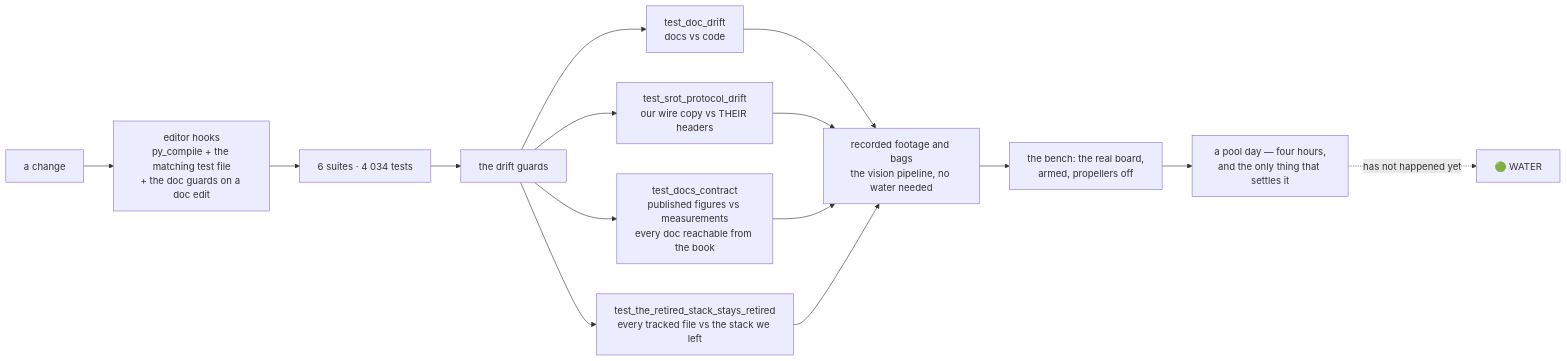
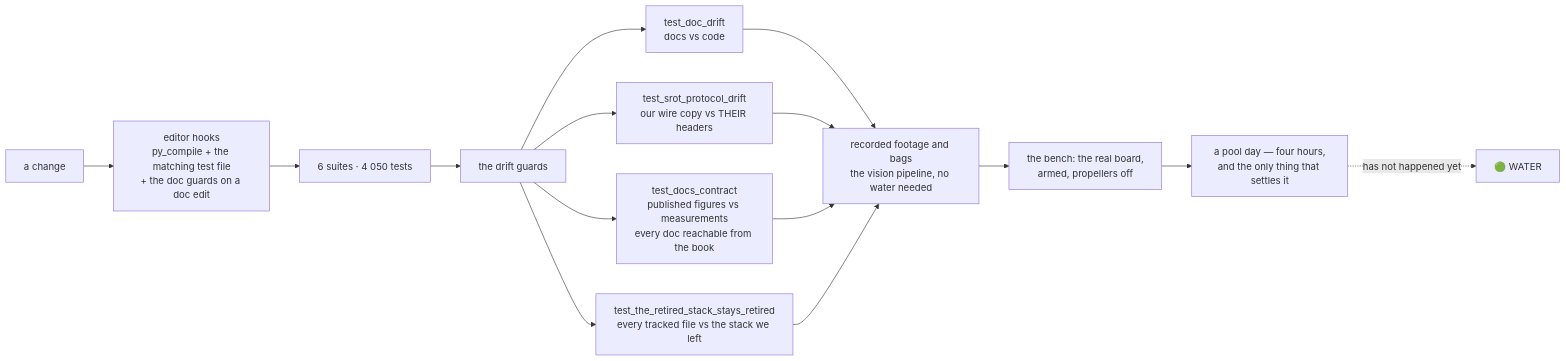
One commit to fh1m/mongla_ws changed the ninth of 10 diagrams in README.md. Above: the diagram before and after it, drawn with Mermaid. The commit also changed other lines of this file and 32 other files, not shown here.

````diff
--- a/README.md
+++ b/README.md
@@ -788,17 +788,17 @@
 ```mermaid
 flowchart LR
     DEV["a change"] --> HOOK["editor hooks<br/>py_compile + the matching test file<br/>+ the doc guards on a doc edit"]
-    HOOK --> UNIT["6 suites · 4 034 tests"]
+    HOOK --> UNIT["6 suites · 4 050 tests"]
     UNIT --> GUARD["the drift guards"]
     GUARD --> G1["test_doc_drift<br/>docs vs code"]
     GUARD --> G2["test_srot_protocol_drift<br/>our wire copy vs THEIR headers"]
     GUARD --> G3["test_docs_contract<br/>published figures vs measurements<br/>every doc reachable from the book"]
     GUARD --> G4["test_the_retired_stack_stays_retired<br/>every tracked file vs the stack we left"]
     G1 --> REPLAY["recorded footage and bags<br/>the vision pipeline, no water needed"]
     G2 --> REPLAY
     G3 --> REPLAY
     G4 --> REPLAY
     REPLAY --> BENCH["the bench: the real board,<br/>armed, propellers off"]
     BENCH --> POOL["a pool day — four hours,<br/>and the only thing that settles it"]
     POOL -.->|"has not happened yet"| WATER["🟢 WATER"]
 ```
````
